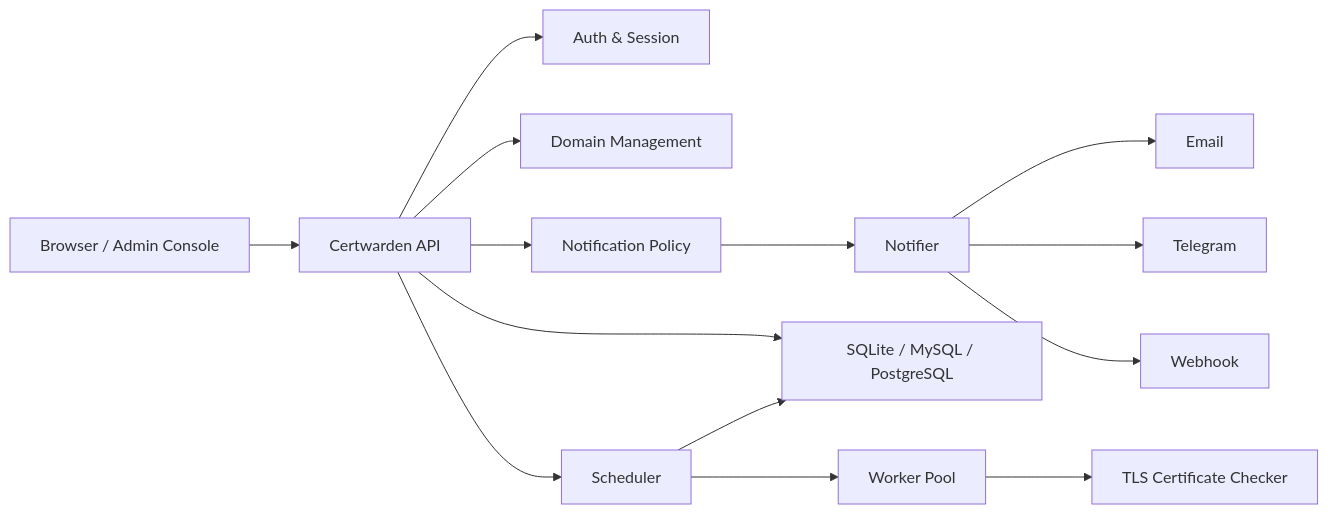
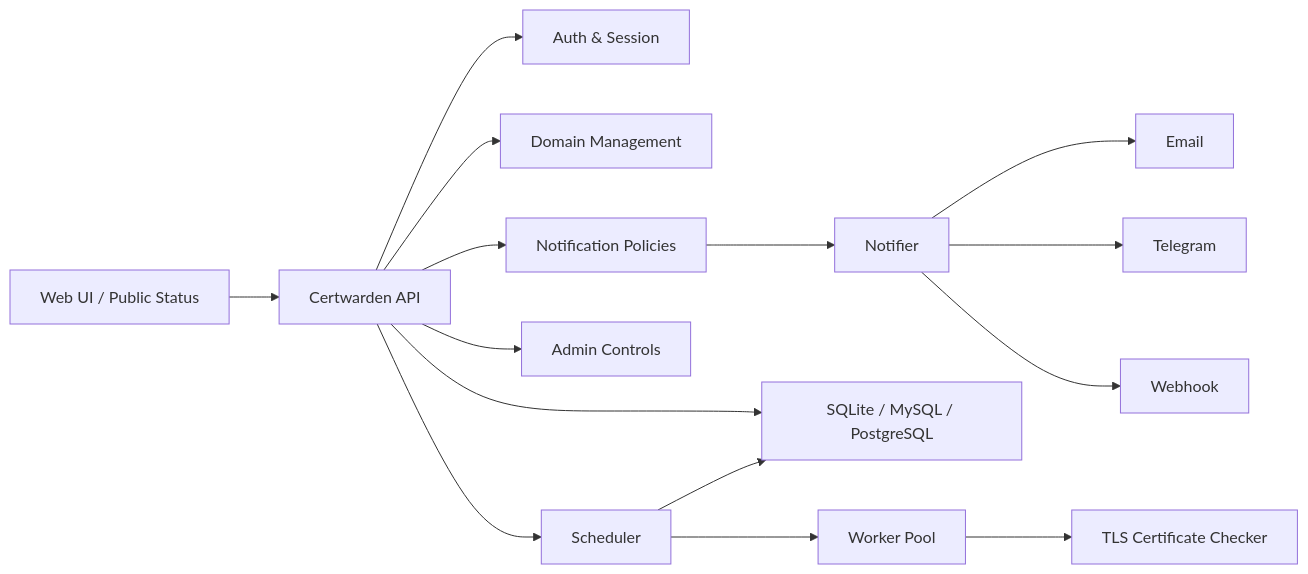
One commit to luodaoyi/Certwarden changed the diagram in README.md. Above: the diagram before and after it, drawn with Mermaid. The commit also changed other lines of this file and 5 other files, not shown here.

Commit message:
Refresh README and complete public status translations

````diff
--- a/README.md
+++ b/README.md
@@ -72,16 +60,17 @@
 ```mermaid
 flowchart LR
-    Browser["Browser / Admin Console"] --> API["Certwarden API"]
+    Browser["Web UI / Public Status"] --> API["Certwarden API"]
     API --> Auth["Auth & Session"]
-    API --> Domain["Domain Management"]
-    API --> Policy["Notification Policy"]
+    API --> Domains["Domain Management"]
+    API --> Policies["Notification Policies"]
+    API --> Admin["Admin Controls"]
     API --> Scheduler["Scheduler"]
     Scheduler --> Pool["Worker Pool"]
     Pool --> TLS["TLS Certificate Checker"]
     API --> DB["SQLite / MySQL / PostgreSQL"]
     Scheduler --> DB
-    Policy --> Notifier["Notifier"]
-    Notifier --> Email["Email"]
-    Notifier --> Telegram["Telegram"]
-    Notifier --> Webhook["Webhook"]
+    Policies --> Notify["Notifier"]
+    Notify --> Email["Email"]
+    Notify --> Telegram["Telegram"]
+    Notify --> Webhook["Webhook"]
 ```
````
